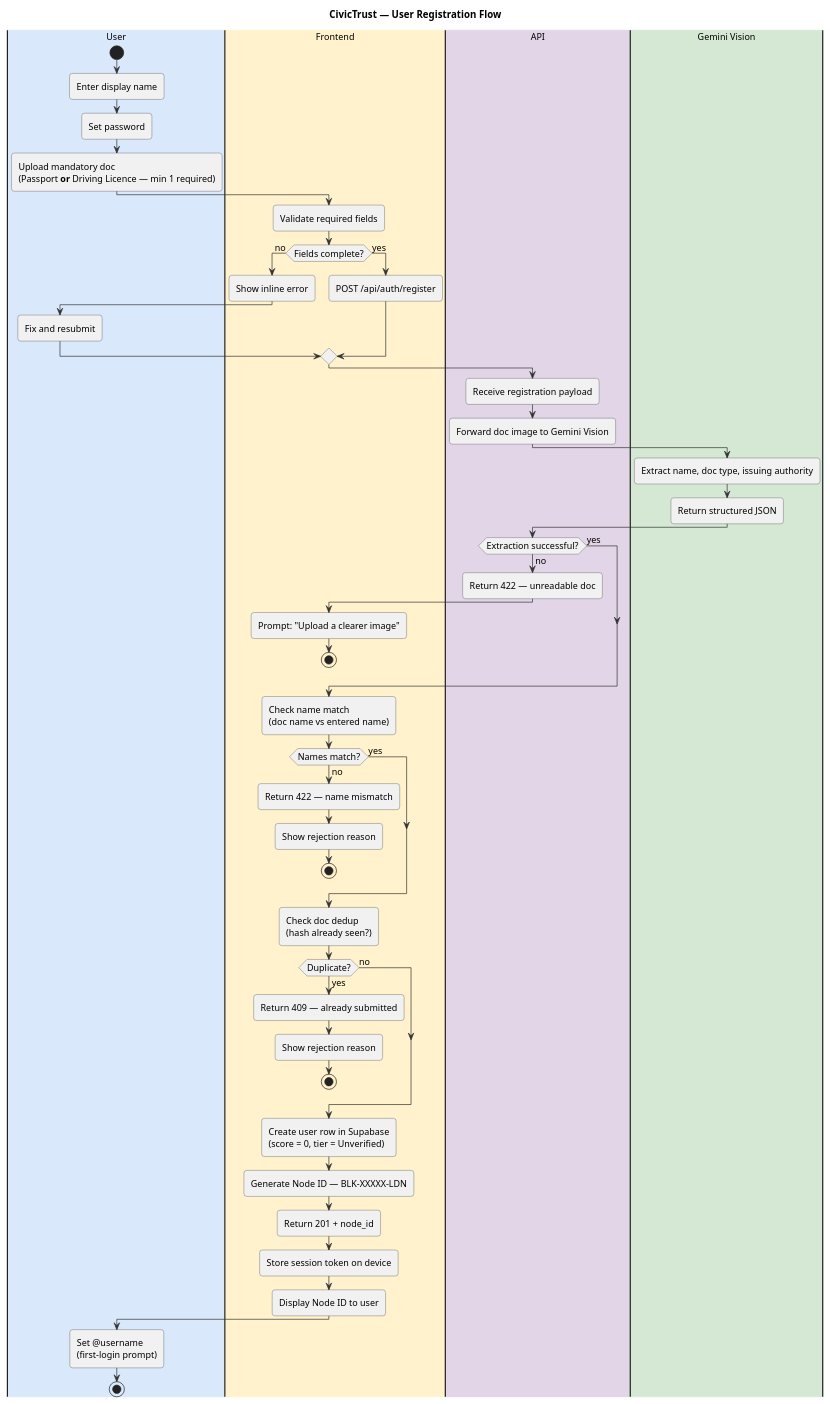
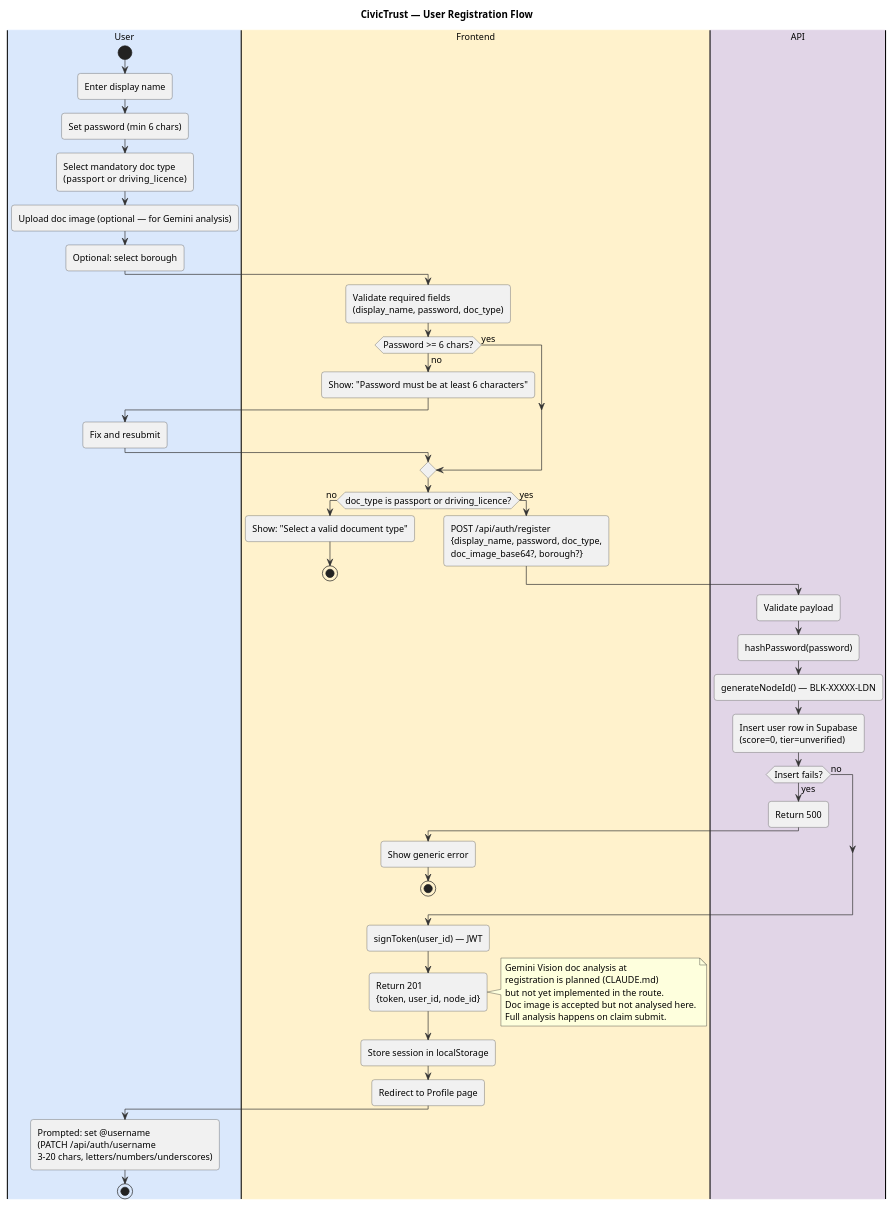
The diagram in docs/registration.puml (RayyanAbzal/google-hackathon-2026), drawn with PlantUML before and after one commit. The commit also changed 8 other files, not shown here.

```diff
--- a/docs/registration.puml
+++ b/docs/registration.puml
@@ -1,74 +1,65 @@
 @startuml
 skinparam backgroundColor #ffffff
 skinparam defaultFontSize 13
 skinparam roundcorner 8
 skinparam activityBorderColor #444444
 skinparam activityArrowColor #333333
 
 title CivicTrust — User Registration Flow
 
 |#dae8fc|User|
 start
 :Enter display name;
-:Set password;
-:Upload mandatory doc\n(Passport **or** Driving Licence — min 1 required);
+:Set password (min 6 chars);
+:Select mandatory doc type\n(passport  or  driving_licence);
+:Upload doc image (optional — for Gemini analysis);
+:Optional: select borough;
 
 |#fff2cc|Frontend|
-:Validate required fields;
-if (Fields complete?) then (no)
-  :Show inline error;
+:Validate required fields\n(display_name, password, doc_type);
+if (Password >= 6 chars?) then (no)
+  :Show: "Password must be at least 6 characters";
   |#dae8fc|User|
   :Fix and resubmit;
   |#fff2cc|Frontend|
 else (yes)
-  :POST /api/auth/register;
+endif
+if (doc_type is passport or driving_licence?) then (no)
+  :Show: "Select a valid document type";
+  stop
+else (yes)
+  :POST /api/auth/register\n{display_name, password, doc_type,\ndoc_image_base64?, borough?};
 endif
 
 |#e1d5e7|API|
-:Receive registration payload;
-:Forward doc image to Gemini Vision;
-
-|#d5e8d4|Gemini Vision|
-:Extract name, doc type, issuing authority;
-:Return structured JSON;
-
-|#e1d5e7|API|
-if (Extraction successful?) then (no)
-  :Return 422 — unreadable doc;
+:Validate payload;
+:hashPassword(password);
+:generateNodeId() — BLK-XXXXX-LDN;
+:Insert user row in Supabase\n(score=0, tier=unverified);
+if (Insert fails?) then (yes)
+  :Return 500;
   |#fff2cc|Frontend|
-  :Prompt: "Upload a clearer image";
-  stop
-else (yes)
-endif
-
-:Check name match\n(doc name vs entered name);
-if (Names match?) then (no)
-  :Return 422 — name mismatch;
-  |#fff2cc|Frontend|
-  :Show rejection reason;
-  stop
-else (yes)
-endif
-
-:Check doc dedup\n(hash already seen?);
-if (Duplicate?) then (yes)
-  :Return 409 — already submitted;
-  |#fff2cc|Frontend|
-  :Show rejection reason;
+  :Show generic error;
   stop
 else (no)
 endif
+:signToken(user_id) — JWT;
+:Return 201\n{token, user_id, node_id};
 
-:Create user row in Supabase\n(score = 0, tier = Unverified);
-:Generate Node ID — BLK-XXXXX-LDN;
-:Return 201 + node_id;
+note right
+  Gemini Vision doc analysis at
+  registration is planned (CLAUDE.md)
+  but not yet implemented in the route.
+  Doc image is accepted but not analysed here.
+  Full analysis happens on claim submit.
+end note
 
 |#fff2cc|Frontend|
-:Store session token on device;
-:Display Node ID to user;
+:Store session in localStorage;
+:Redirect to Profile page;
 
 |#dae8fc|User|
-:Set @username\n(first-login prompt);
+:Prompted: set @username\n(PATCH /api/auth/username\n3-20 chars, letters/numbers/underscores);
 
 stop
 @enduml
```
